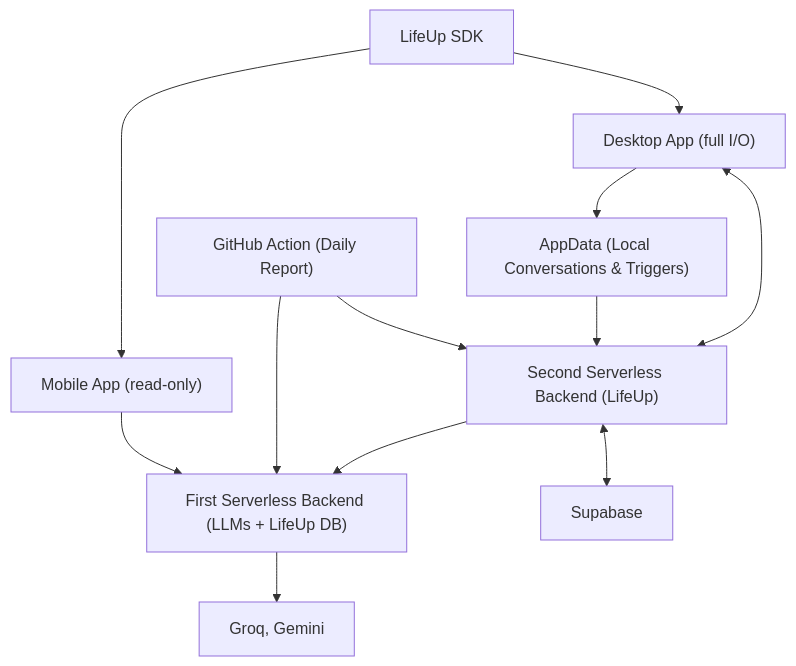
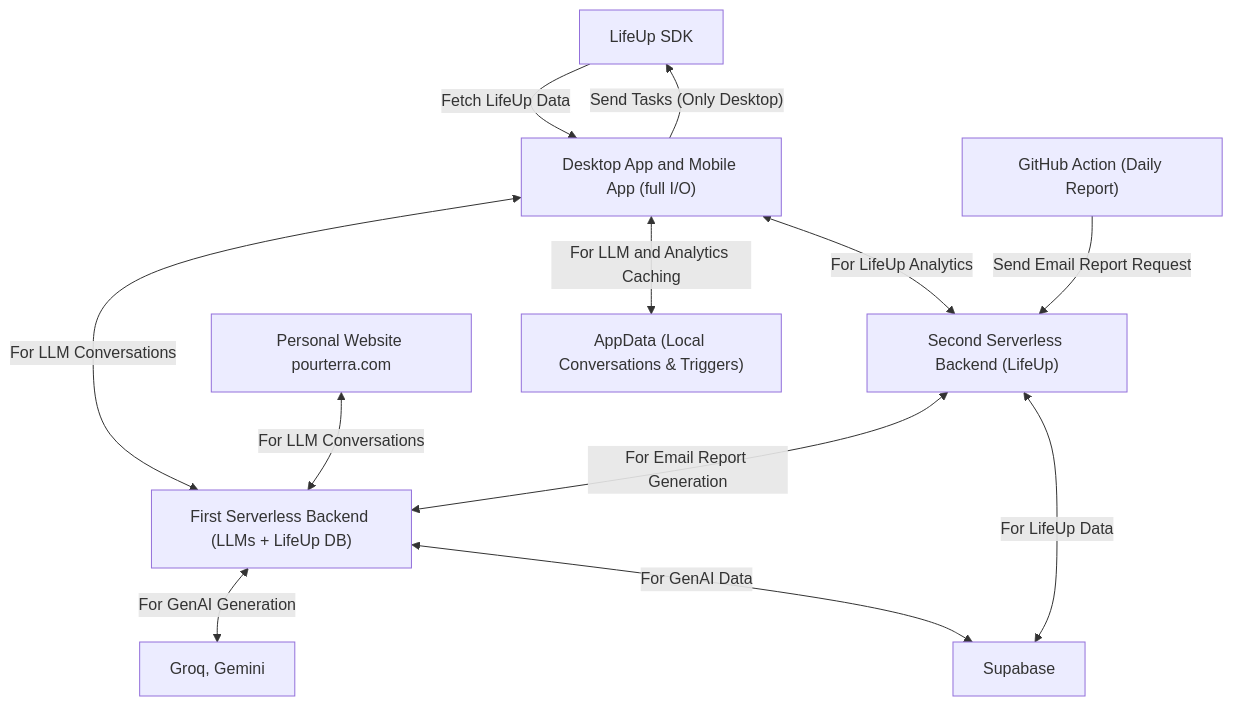
One commit to pour-le-hommes/pour-le-hommes changed the diagram in README.md. Above: the diagram before and after it, drawn with Mermaid. The commit also changed other lines of this file, not shown here.

````diff
--- a/README.md
+++ b/README.md
@@ -44,25 +44,24 @@
 ```mermaid
 graph TD
     LifeUpSDK["LifeUp SDK"]
-    DesktopApp["Desktop App (full I/O)"]
-    MobileApp["Mobile App (read-only)"]
+    TauriApp["Desktop App and Mobile App (full I/O)"]
+    Website["Personal Website pourterra.com"]
     BE2["Second Serverless Backend (LifeUp)"]
     BE1["First Serverless Backend (LLMs + LifeUp DB)"]
     Supabase["Supabase"]
     AppData["AppData (Local Conversations & Triggers)"]
     GroqGemini["Groq, Gemini"]
     GitHubAction["GitHub Action (Daily Report)"]
 
-    LifeUpSDK --> DesktopApp
-    LifeUpSDK --> MobileApp
-    DesktopApp <--> BE2
-    BE2 <--> Supabase
-    DesktopApp --> AppData
-    AppData --> BE2
-    MobileApp --> BE1
-    BE2 --> BE1
-    BE1 --> GroqGemini
-    GitHubAction --> BE2
-    GitHubAction --> BE1
-
+    LifeUpSDK -- Fetch LifeUp Data --> TauriApp
+    TauriApp -- Send Tasks (Only Desktop) --> LifeUpSDK
+    TauriApp <-- For LLM Conversations --> BE1
+    TauriApp <-- For LifeUp Analytics --> BE2
+    TauriApp <-- For LLM and Analytics Caching --> AppData
+    Website <-- For LLM Conversations --> BE1
+    BE1 <-- For GenAI Generation --> GroqGemini
+    BE1 <-- For GenAI Data --> Supabase
+    BE2 <-- For Email Report Generation --> BE1
+    BE2 <-- For LifeUp Data --> Supabase
+    GitHubAction -- Send Email Report Request --> BE2
 ```
````
